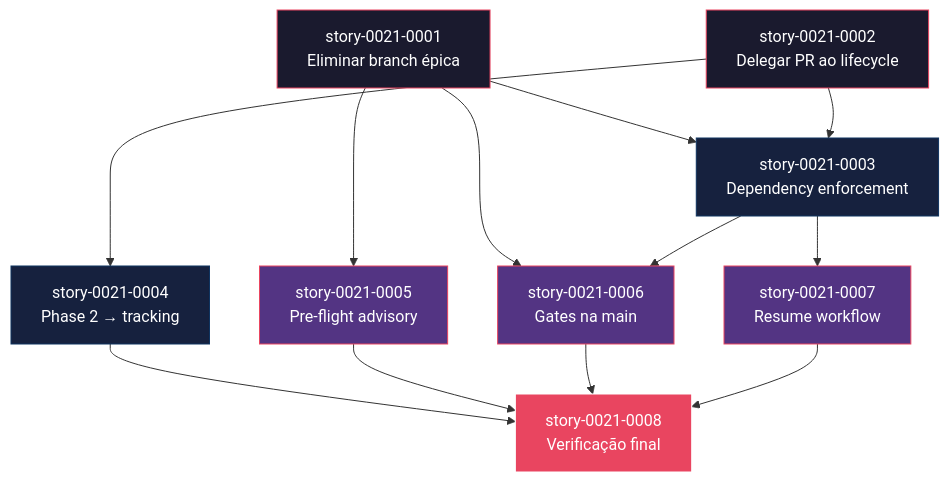
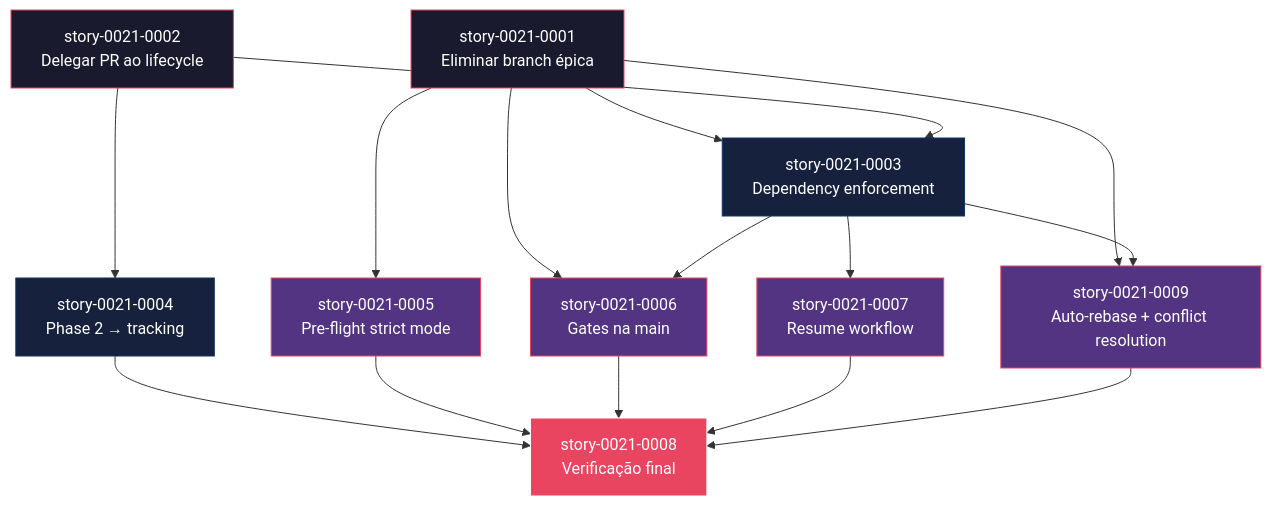
Before and after one commit to edercnj/ia-dev-environment: the diagram in plans/epic-0021/implementation-map-0021.md, drawn with Mermaid. The commit also changed other lines of this file and 6 other files, not shown here.

````diff
--- a/plans/epic-0021/implementation-map-0021.md
+++ b/plans/epic-0021/implementation-map-0021.md
@@ -94,41 +104,45 @@
 ```mermaid
 graph TD
     S0021_0001["story-0021-0001<br/>Eliminar branch épica"]
     S0021_0002["story-0021-0002<br/>Delegar PR ao lifecycle"]
     S0021_0003["story-0021-0003<br/>Dependency enforcement"]
     S0021_0004["story-0021-0004<br/>Phase 2 → tracking"]
-    S0021_0005["story-0021-0005<br/>Pre-flight advisory"]
+    S0021_0005["story-0021-0005<br/>Pre-flight strict mode"]
     S0021_0006["story-0021-0006<br/>Gates na main"]
     S0021_0007["story-0021-0007<br/>Resume workflow"]
+    S0021_0009["story-0021-0009<br/>Auto-rebase + conflict resolution"]
     S0021_0008["story-0021-0008<br/>Verificação final"]
 
     %% Fase 0 → 1
     S0021_0001 --> S0021_0003
     S0021_0002 --> S0021_0003
     S0021_0002 --> S0021_0004
 
     %% Fase 0 → 2
     S0021_0001 --> S0021_0005
+    S0021_0001 --> S0021_0009
 
     %% Fase 1 → 2
     S0021_0001 --> S0021_0006
     S0021_0003 --> S0021_0006
     S0021_0003 --> S0021_0007
+    S0021_0003 --> S0021_0009
 
     %% Fase 2 → 3
     S0021_0004 --> S0021_0008
     S0021_0005 --> S0021_0008
     S0021_0006 --> S0021_0008
     S0021_0007 --> S0021_0008
+    S0021_0009 --> S0021_0008
 
     %% Estilos por fase
     classDef fase0 fill:#1a1a2e,stroke:#e94560,color:#fff
     classDef fase1 fill:#16213e,stroke:#0f3460,color:#fff
     classDef fase2 fill:#533483,stroke:#e94560,color:#fff
     classDef fase3 fill:#e94560,stroke:#fff,color:#fff
 
     class S0021_0001,S0021_0002 fase0
     class S0021_0003,S0021_0004 fase1
-    class S0021_0005,S0021_0006,S0021_0007 fase2
+    class S0021_0005,S0021_0006,S0021_0007,S0021_0009 fase2
     class S0021_0008 fase3
 ```
````
